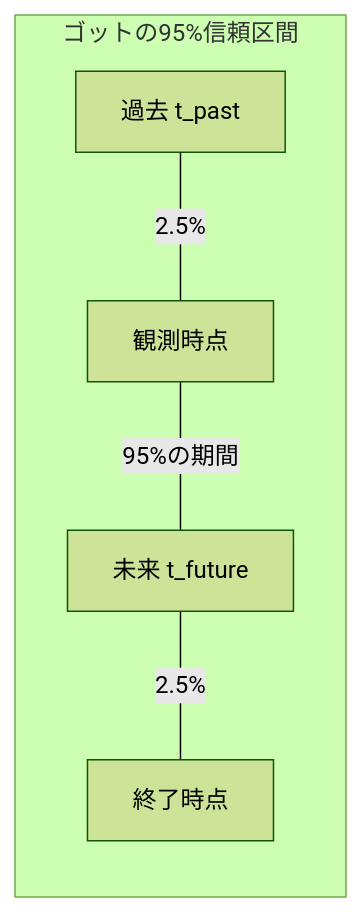
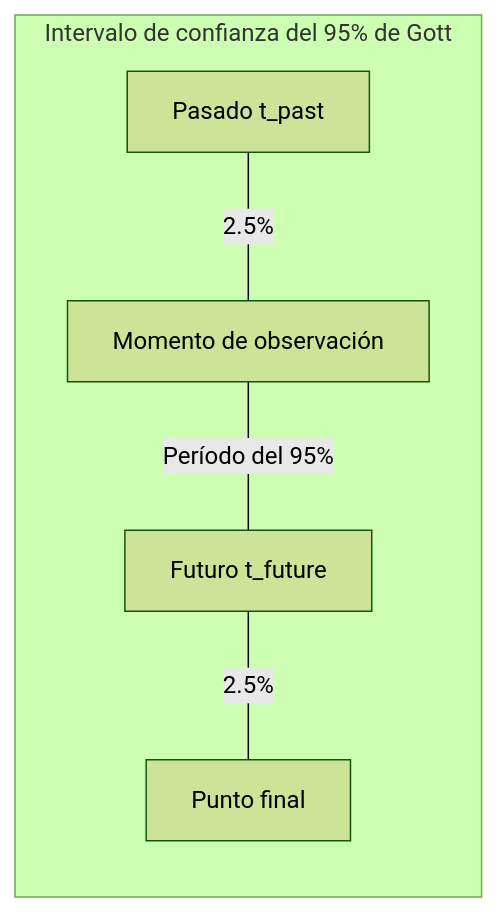
Before and after one commit to kenjinote/blog: the fourth of 5 diagrams in content/post/doomsday-argument/index.es.md, drawn with Mermaid (forest theme). The commit also changed other lines of this file and 28 other files, not shown here.

Commit message:
Translate Japanese text inside Mermaid diagrams to respective languages

````diff
--- a/content/post/doomsday-argument/index.es.md
+++ b/content/post/doomsday-argument/index.es.md
@@ -148,8 +148,8 @@
 ```mermaid
 graph LR
-    subgraph "ゴットの95%信頼区間"
-        A["過去 t_past"] ---|"2.5%"| B["観測時点"]
-        B ---|"95%の期間"| C["未来 t_future"]
-        C ---|"2.5%"| D["終了時点"]
+    subgraph "Intervalo de confianza del 95% de Gott"
+        A["Pasado t_past"] ---|"2.5%"| B["Momento de observación"]
+        B ---|"Período del 95%"| C["Futuro t_future"]
+        C ---|"2.5%"| D["Punto final"]
     end
 ```
````
